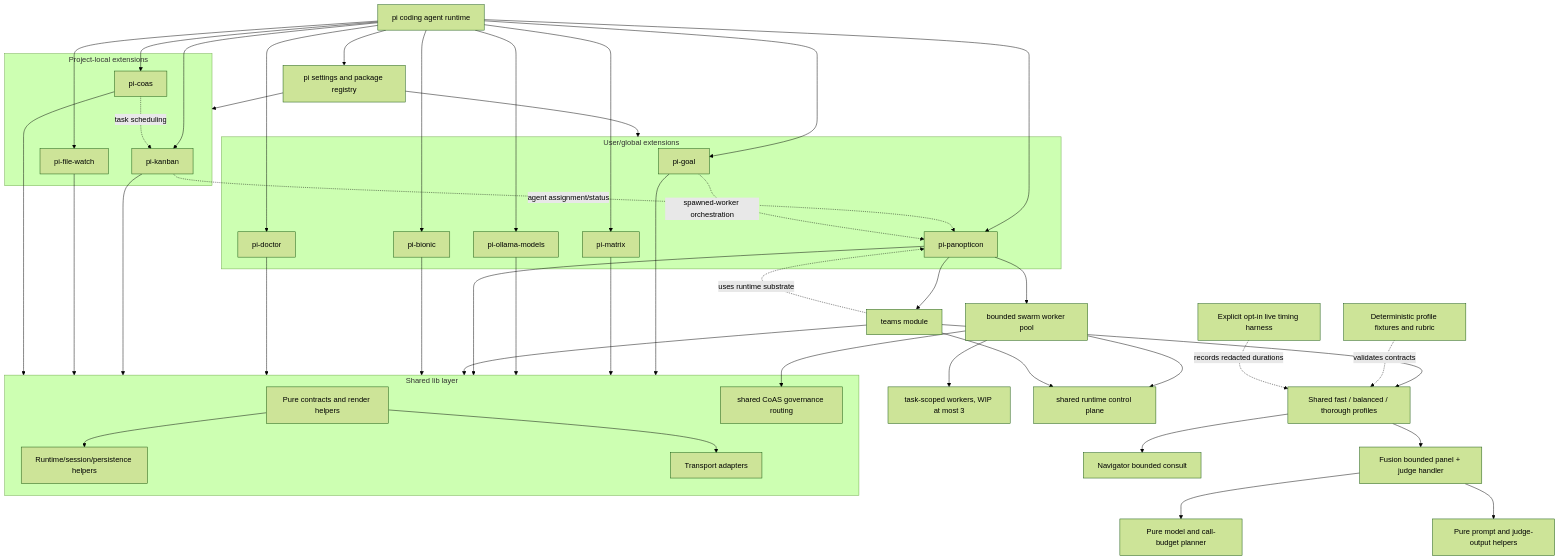
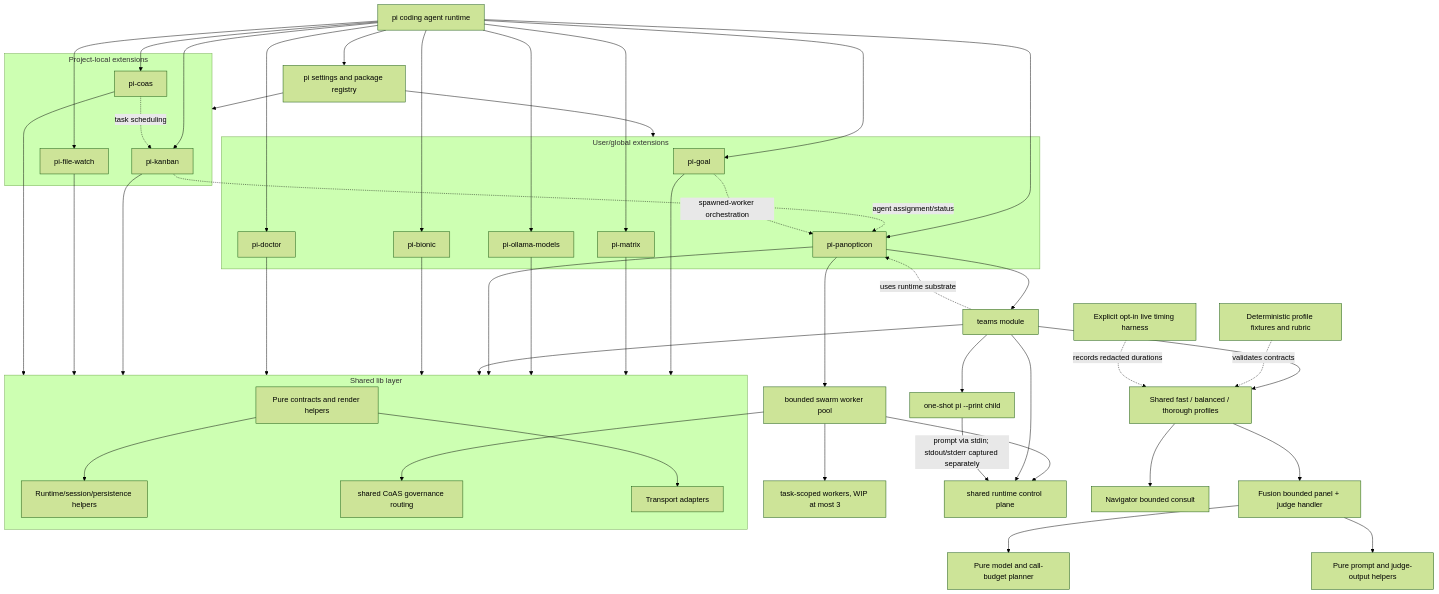
One commit to tS7hKamAYL84j91/pi-tools-and-skills changed the first of 17 diagrams in docs/architecture.md. Above: the diagram before and after it, drawn with Mermaid (forest theme). The commit also changed 9 other files, not shown here.

First line of the commit message:
fix(pi-teams): deliver long team prompts through stdin

````diff
--- a/docs/architecture.md
+++ b/docs/architecture.md
@@ -57,69 +57,71 @@
 ```mermaid
 flowchart TD
   Pi[pi coding agent runtime] --> Settings[pi settings and package registry]
   Settings --> GlobalExt[User/global extensions]
   Settings --> ProjectExt[Project-local extensions]
 
   subgraph SharedLib[Shared lib layer]
     Core[Pure contracts and render helpers]
     Runtime[Runtime/session/persistence helpers]
     Governance[CoAS governance classification and routing]
     Transports[Transport adapters]
     Core --> Runtime
     Core --> Transports
   end
 
   subgraph GlobalExt[User/global extensions]
     Goal[pi-goal]
     Matrix[pi-matrix]
     OllamaModels[pi-ollama-models]
     Panopticon[pi-panopticon]
     Bionic[pi-bionic]
     Doctor[pi-doctor]
   end
 
   subgraph ProjectExt[Project-local extensions]
     Kanban[pi-kanban]
     FileWatch[pi-file-watch]
     COAS[pi-coas]
   end
 
   Pi --> Goal
   Pi --> Matrix
   Pi --> OllamaModels
   Pi --> Panopticon
   Panopticon --> TeamsModule[teams module]
   Panopticon --> Swarm[bounded swarm worker pool]
   Swarm --> SwarmWorkers[task-scoped workers, WIP at most 3]
   Swarm --> RuntimePlane[shared runtime control plane]
   Swarm --> Governance[shared CoAS governance routing]
   TeamsModule --> RuntimePlane
+  TeamsModule --> TeamChild[one-shot pi --print child]
+  TeamChild -->|prompt via stdin; stdout/stderr captured separately| RuntimePlane
   TeamsModule --> TeamProfiles[Shared fast / balanced / thorough profiles]
   TeamProfiles --> Fusion[Fusion bounded panel + judge handler]
   Fusion --> FusionPlanner[Pure model and call-budget planner]
   Fusion --> FusionOutput[Pure prompt and judge-output helpers]
   TeamProfiles --> Navigator[Navigator bounded consult]
   ProfileFixtures[Deterministic profile fixtures and rubric] -. validates contracts .-> TeamProfiles
   LiveHarness[Explicit opt-in live timing harness] -. records redacted durations .-> TeamProfiles
   Pi --> Bionic
   Pi --> Doctor
   Pi --> Kanban
   Pi --> FileWatch
   Pi --> COAS
 
   Goal --> SharedLib
   Matrix --> SharedLib
   OllamaModels --> SharedLib
   Panopticon --> SharedLib
   TeamsModule --> SharedLib
   Bionic --> SharedLib
   Doctor --> SharedLib
   Kanban --> SharedLib
   FileWatch --> SharedLib
   COAS --> SharedLib
 
   TeamsModule -. uses runtime substrate .-> Panopticon
   Kanban -. agent assignment/status .-> Panopticon
   Goal -. spawned-worker orchestration .-> Panopticon
   COAS -. task scheduling .-> Kanban
 ```
````
